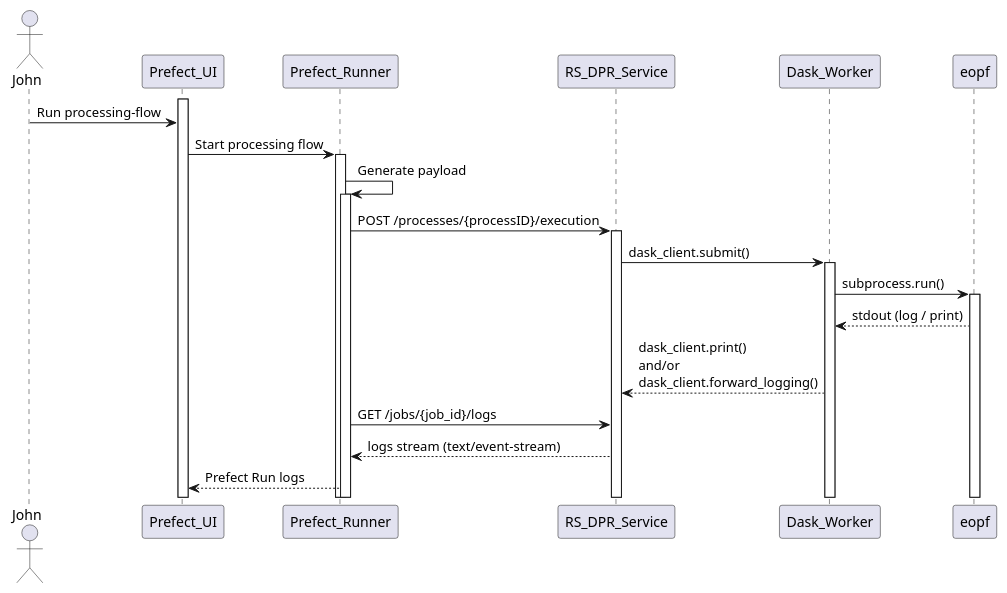
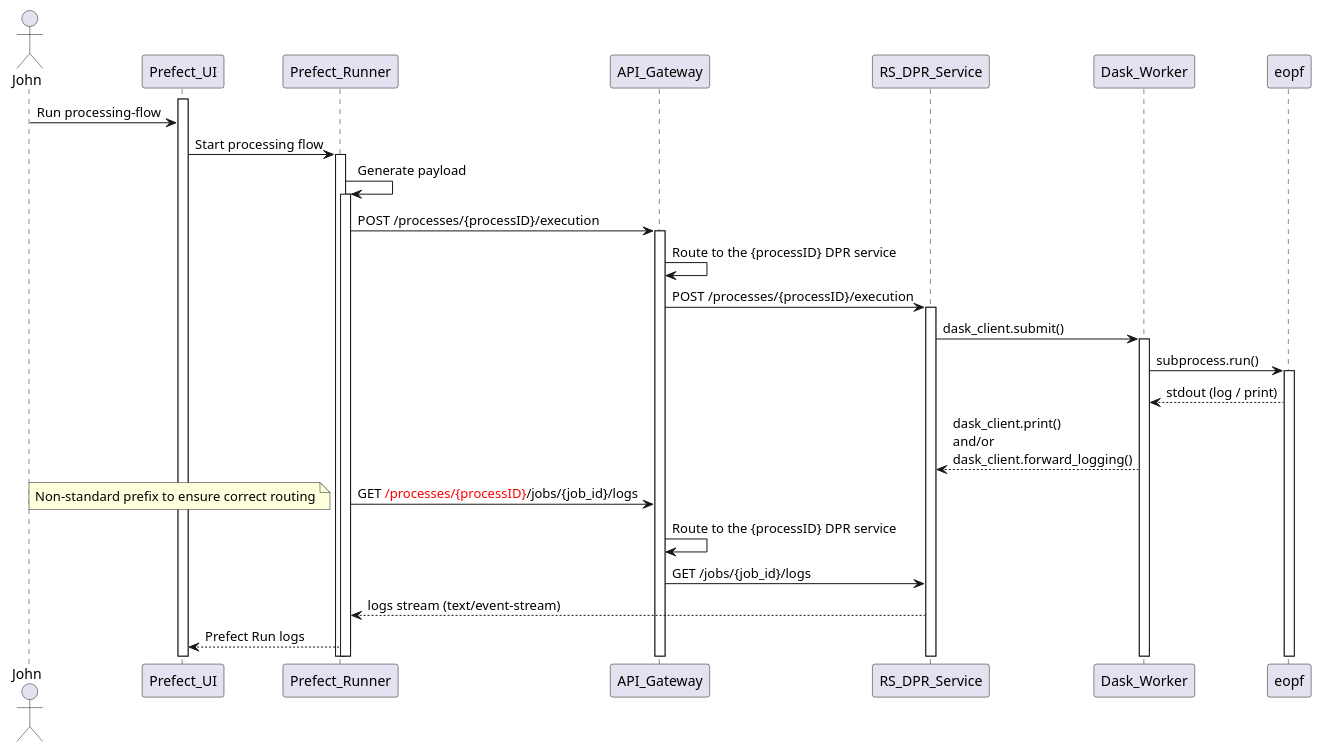
The diagram in docs/uml/dask-eopf-logging-prefect.plantuml (RS-PYTHON/rs-server), drawn with PlantUML before and after one commit. The commit also changed 1 other file, not shown here.

Commit message:
RSPY-1775 - Update UML diagrams

```diff
--- a/docs/uml/dask-eopf-logging-prefect.plantuml
+++ b/docs/uml/dask-eopf-logging-prefect.plantuml
@@ -15,18 +15,23 @@
 @startuml dask-eopf-logging-prefect
 
 actor John
 activate Prefect_UI
 
 John -> Prefect_UI: Run processing-flow
 Prefect_UI -> Prefect_Runner ++ : Start processing flow
 Prefect_Runner -> Prefect_Runner++ : Generate payload
-Prefect_Runner -> RS_DPR_Service++ : POST /processes/{processID}/execution
+Prefect_Runner -> API_Gateway++ : POST /processes/{processID}/execution
+API_Gateway -> API_Gateway: Route to the {processID} DPR service
+API_Gateway -> RS_DPR_Service++ : POST /processes/{processID}/execution
 RS_DPR_Service -> Dask_Worker++ : dask_client.submit()
 Dask_Worker -> eopf++: subprocess.run()
 eopf --> Dask_Worker: stdout (log / print)
 Dask_Worker --> RS_DPR_Service: dask_client.print()\nand/or\ndask_client.forward_logging()
-Prefect_Runner -> RS_DPR_Service: GET /jobs/{job_id}/logs
+Prefect_Runner -> API_Gateway: GET <font color=red>/processes/{processID}</font>/jobs/{job_id}/logs
+note left: Non-standard prefix to ensure correct routing
+API_Gateway -> API_Gateway: Route to the {processID} DPR service
+API_Gateway -> RS_DPR_Service: GET /jobs/{job_id}/logs
 RS_DPR_Service --> Prefect_Runner: logs stream (text/event-stream)
 Prefect_Runner --> Prefect_UI: Prefect Run logs
 
 @enduml
```
